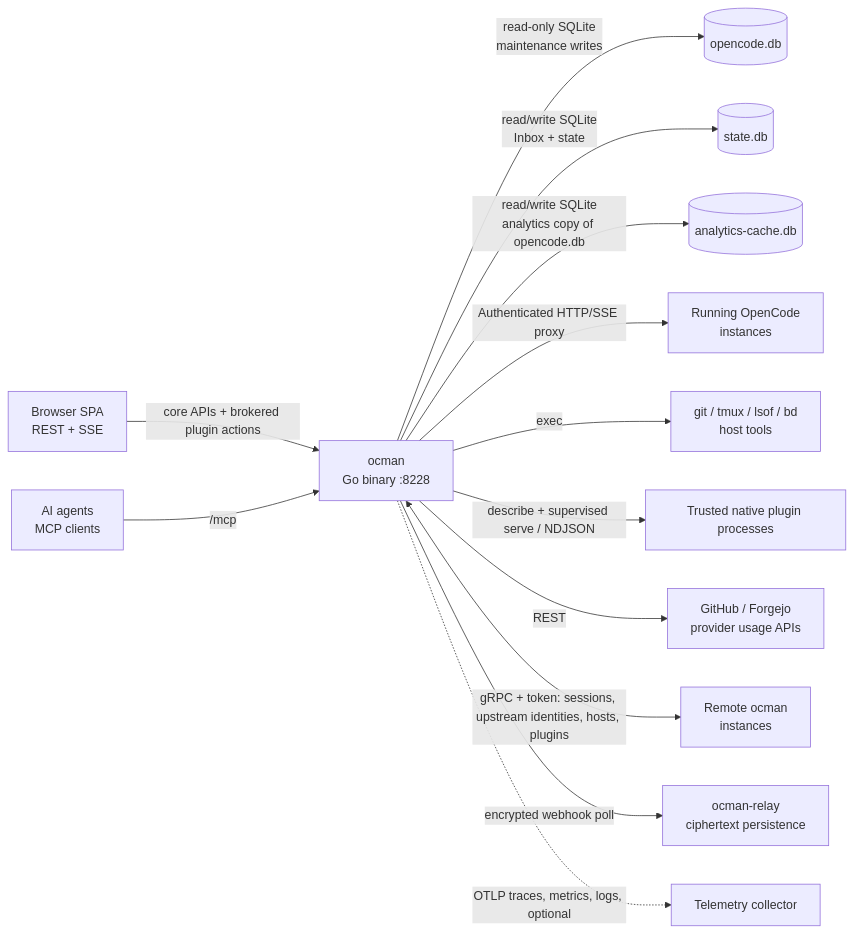
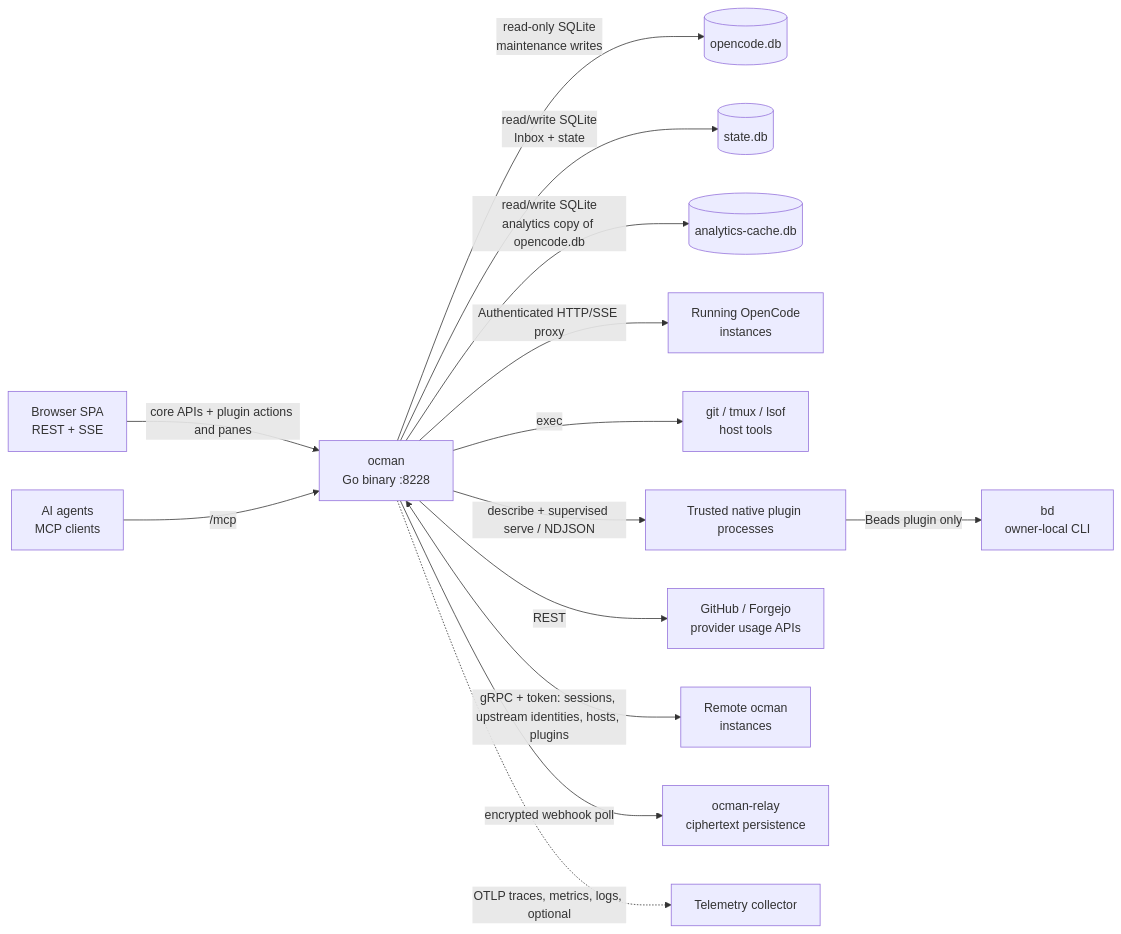
One commit to ocman/ocman changed the second of 5 diagrams in docs/other/architecture.md. Above: the diagram before and after it, drawn with Mermaid. The commit also changed other lines of this file and 65 other files, not shown here.

Commit message:
feat(plugins): move Beads into an owner-local sidebar plugin

````diff
--- a/docs/other/architecture.md
+++ b/docs/other/architecture.md
@@ -50,15 +50,16 @@
 ```mermaid
 flowchart LR
-    Browser[Browser SPA<br/>REST + SSE] -->|core APIs + brokered plugin actions| Ocman[ocman<br/>Go binary :8228]
+    Browser[Browser SPA<br/>REST + SSE] -->|core APIs + plugin actions and panes| Ocman[ocman<br/>Go binary :8228]
     Agent[AI agents<br/>MCP clients] -->|/mcp| Ocman
     Ocman -->|read-only SQLite<br/>maintenance writes| OCDB[(opencode.db)]
     Ocman -->|read/write SQLite<br/>Inbox + state| StateDB[(state.db)]
     Ocman -->|read/write SQLite<br/>analytics copy of opencode.db| Cache[(analytics-cache.db)]
     Ocman -->|Authenticated HTTP/SSE proxy| OCInst[Running OpenCode<br/>instances]
-    Ocman -->|exec| Shell[git / tmux / lsof / bd<br/>host tools]
+    Ocman -->|exec| Shell[git / tmux / lsof<br/>host tools]
     Ocman -->|describe + supervised serve / NDJSON| PluginExec[Trusted native plugin processes]
+    PluginExec -->|Beads plugin only| Beads[bd<br/>owner-local CLI]
     Ocman -->|REST| APIs[GitHub / Forgejo<br/>provider usage APIs]
     Ocman <-->|gRPC + token: sessions, upstream identities, hosts, plugins| Remotes[Remote ocman<br/>instances]
     Ocman -->|encrypted webhook poll| Relay[ocman-relay<br/>ciphertext persistence]
     Ocman -.->|OTLP traces, metrics, logs, optional| Otel[Telemetry collector]
 ```
````
